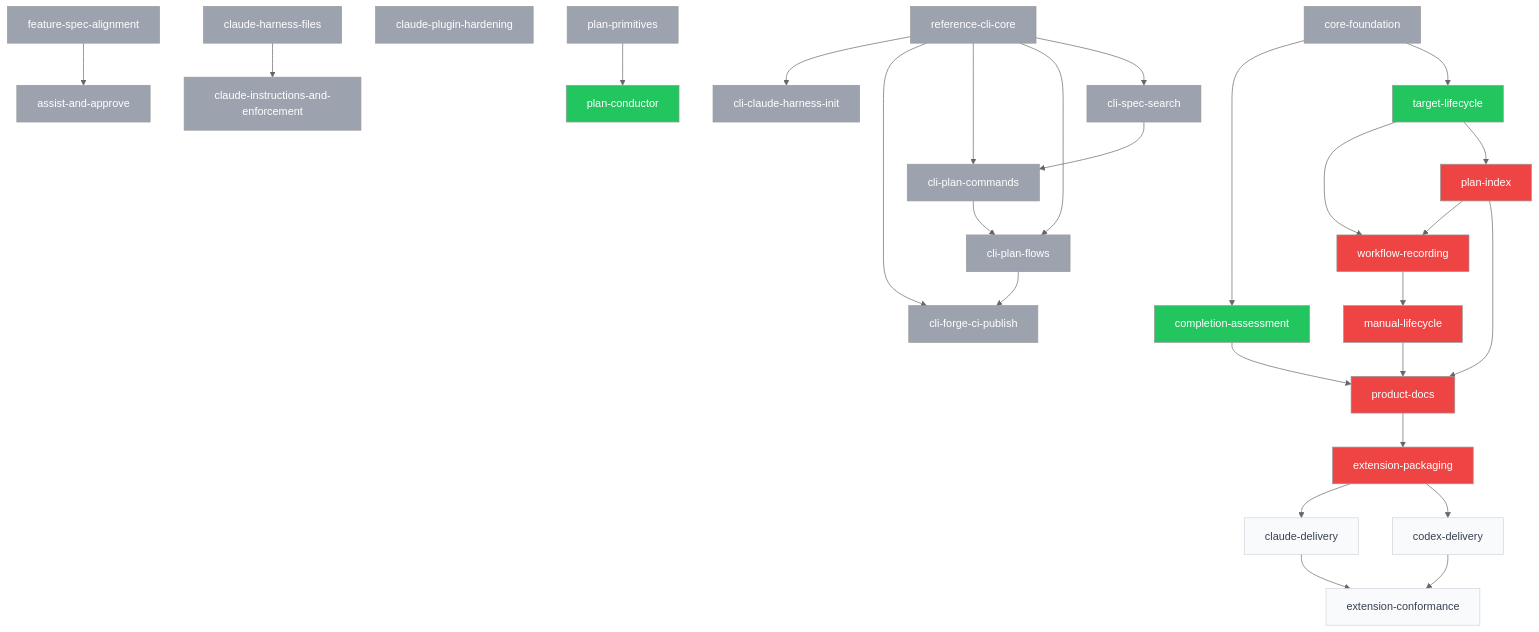
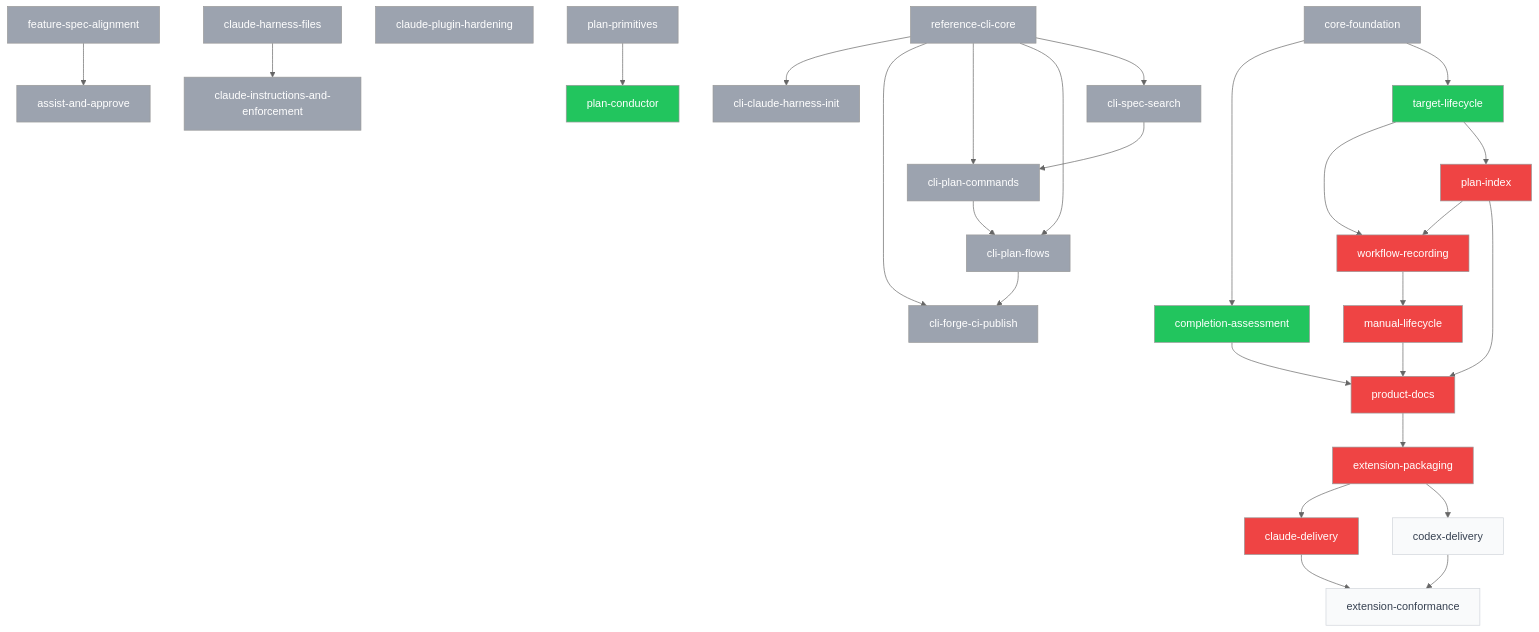
The diagram in plans/PLANS.md (SpiralSky/specplane), drawn with Mermaid (neutral theme) before and after one commit. The commit also changed other lines of this file and 1 other file, not shown here.

Commit message:
docs(2026-11-01-claude-delivery): approve plan
Specplane-Workflow: approve
Specplane-Agent: claude-code/claude-opus-5-5
Specplane-Session: 34265f08-4042-4656-a421-be12c7913e61

````diff
--- a/plans/PLANS.md
+++ b/plans/PLANS.md
@@ -41,60 +41,60 @@
 ```mermaid
 graph TD
     p_2026_10_28_reference_cli_core[reference-cli-core]:::done
     p_2026_10_29_assist_and_approve[assist-and-approve]:::done
     p_2026_10_29_claude_harness_files[claude-harness-files]:::done
     p_2026_10_29_claude_instructions_and_enforcement[claude-instructions-and-enforcement]:::done
     p_2026_10_29_claude_plugin_hardening[claude-plugin-hardening]:::done
     p_2026_10_29_cli_claude_harness_init[cli-claude-harness-init]:::done
     p_2026_10_29_cli_forge_ci_publish[cli-forge-ci-publish]:::done
     p_2026_10_29_cli_plan_commands[cli-plan-commands]:::done
     p_2026_10_29_cli_plan_flows[cli-plan-flows]:::done
     p_2026_10_29_cli_spec_search[cli-spec-search]:::done
     p_2026_10_29_feature_spec_alignment[feature-spec-alignment]:::done
     p_2026_10_30_plan_conductor[plan-conductor]:::ready
     p_2026_10_30_plan_primitives[plan-primitives]:::done
-    p_2026_11_01_claude_delivery[claude-delivery]:::draft
+    p_2026_11_01_claude_delivery[claude-delivery]:::blocked
     p_2026_11_01_codex_delivery[codex-delivery]:::draft
     p_2026_11_01_core_foundation[core-foundation]:::done
     p_2026_11_01_extension_conformance[extension-conformance]:::draft
     p_2026_11_01_extension_packaging[extension-packaging]:::blocked
     p_2026_11_01_manual_lifecycle[manual-lifecycle]:::blocked
     p_2026_11_01_workflow_recording[workflow-recording]:::blocked
     p_2026_11_02_completion_assessment[completion-assessment]:::ready
     p_2026_11_02_plan_index[plan-index]:::blocked
     p_2026_11_02_product_docs[product-docs]:::blocked
     p_2026_11_02_target_lifecycle[target-lifecycle]:::ready
     p_2026_10_29_feature_spec_alignment --> p_2026_10_29_assist_and_approve
     p_2026_10_29_claude_harness_files --> p_2026_10_29_claude_instructions_and_enforcement
     p_2026_10_28_reference_cli_core --> p_2026_10_29_cli_claude_harness_init
     p_2026_10_28_reference_cli_core --> p_2026_10_29_cli_forge_ci_publish
     p_2026_10_29_cli_plan_flows --> p_2026_10_29_cli_forge_ci_publish
     p_2026_10_28_reference_cli_core --> p_2026_10_29_cli_plan_commands
     p_2026_10_29_cli_spec_search --> p_2026_10_29_cli_plan_commands
     p_2026_10_28_reference_cli_core --> p_2026_10_29_cli_plan_flows
     p_2026_10_29_cli_plan_commands --> p_2026_10_29_cli_plan_flows
     p_2026_10_28_reference_cli_core --> p_2026_10_29_cli_spec_search
     p_2026_10_30_plan_primitives --> p_2026_10_30_plan_conductor
     p_2026_11_01_extension_packaging --> p_2026_11_01_claude_delivery
     p_2026_11_01_extension_packaging --> p_2026_11_01_codex_delivery
     p_2026_11_01_claude_delivery --> p_2026_11_01_extension_conformance
     p_2026_11_01_codex_delivery --> p_2026_11_01_extension_conformance
     p_2026_11_02_product_docs --> p_2026_11_01_extension_packaging
     p_2026_11_01_workflow_recording --> p_2026_11_01_manual_lifecycle
     p_2026_11_02_plan_index --> p_2026_11_01_workflow_recording
     p_2026_11_02_target_lifecycle --> p_2026_11_01_workflow_recording
     p_2026_11_01_core_foundation --> p_2026_11_02_completion_assessment
     p_2026_11_02_target_lifecycle --> p_2026_11_02_plan_index
     p_2026_11_01_manual_lifecycle --> p_2026_11_02_product_docs
     p_2026_11_02_completion_assessment --> p_2026_11_02_product_docs
     p_2026_11_02_plan_index --> p_2026_11_02_product_docs
     p_2026_11_01_core_foundation --> p_2026_11_02_target_lifecycle
     classDef draft fill:#f9fafb,color:#374151,stroke:#d1d5db
     classDef ready fill:#22c55e,color:#fff
     classDef blocked fill:#ef4444,color:#fff
     classDef in_progress fill:#3b82f6,color:#fff
     classDef review fill:#60a5fa,color:#fff
     classDef done fill:#9ca3af,color:#fff
     classDef abandoned fill:#9ca3af,color:#fff,text-decoration:line-through
     classDef shelved fill:#fef3c7,color:#92400e,stroke:#d97706
 ```
````
